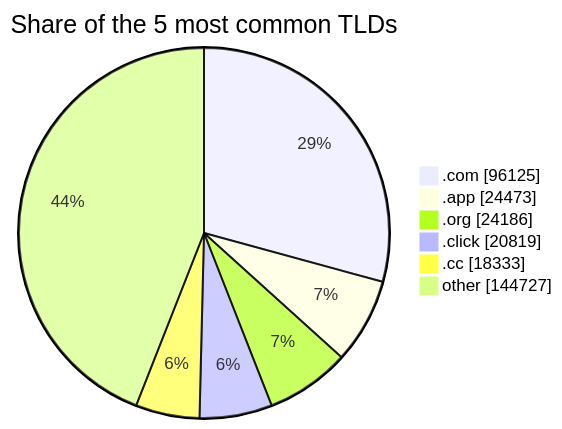
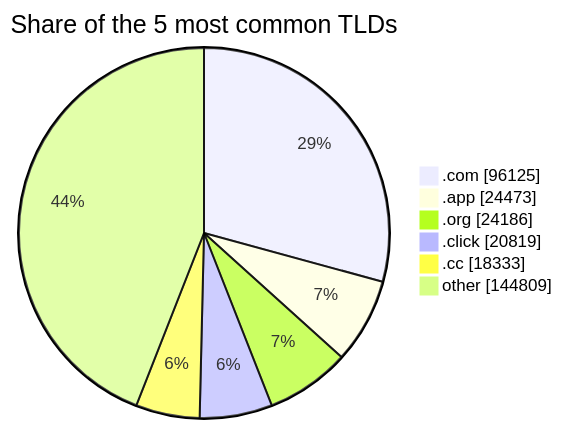
Before and after one commit to DNSBunker/CTI: the third of 3 diagrams in README.md, drawn with Mermaid. The commit also changed other lines of this file and 4 other files, not shown here.

````diff
--- a/README.md
+++ b/README.md
@@ -81,9 +81,9 @@
 ```mermaid
 pie showData title Share of the 5 most common TLDs
     ".com" : 96125
     ".app" : 24473
     ".org" : 24186
     ".click" : 20819
     ".cc" : 18333
-    "other" : 144727
+    "other" : 144809
 ```
````
